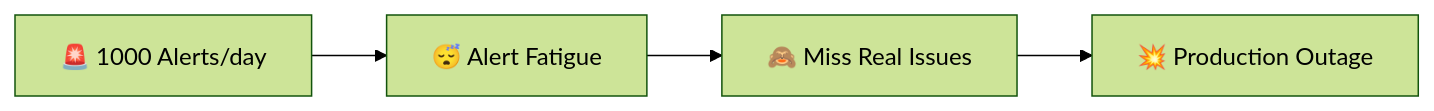
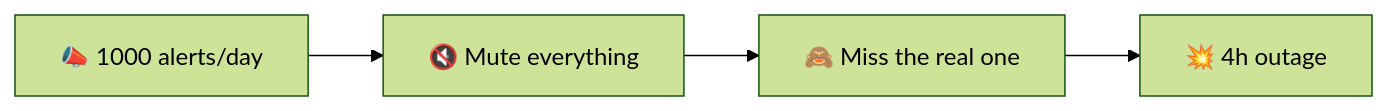
Before and after one commit to inno-devops-labs/DevOps-Core-Course: the fourth of 10 diagrams in lectures/lec7.md, drawn with Mermaid (forest theme). The commit also changed other lines of this file and 24 other files, not shown here.

````diff
--- a/lectures/lec7.md
+++ b/lectures/lec7.md
@@ -146,6 +88,6 @@
 ```mermaid
 flowchart LR
-  Alerts[🚨 1000 Alerts/day] --> Ignore[😴 Alert Fatigue]
-  Ignore --> Miss[🙈 Miss Real Issues]
-  Miss --> Outage[💥 Production Outage]
+  Noise[📣 1000 alerts/day] --> Mute[🔇 Mute everything]
+  Mute --> Miss[🙈 Miss the real one]
+  Miss --> Outage[💥 4h outage]
 ```
````
